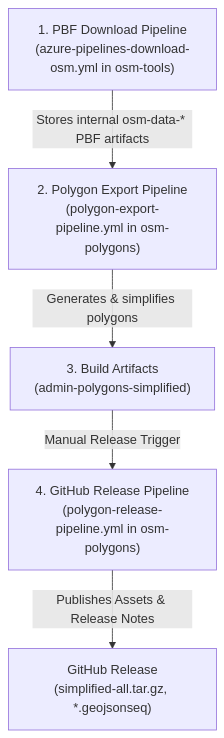
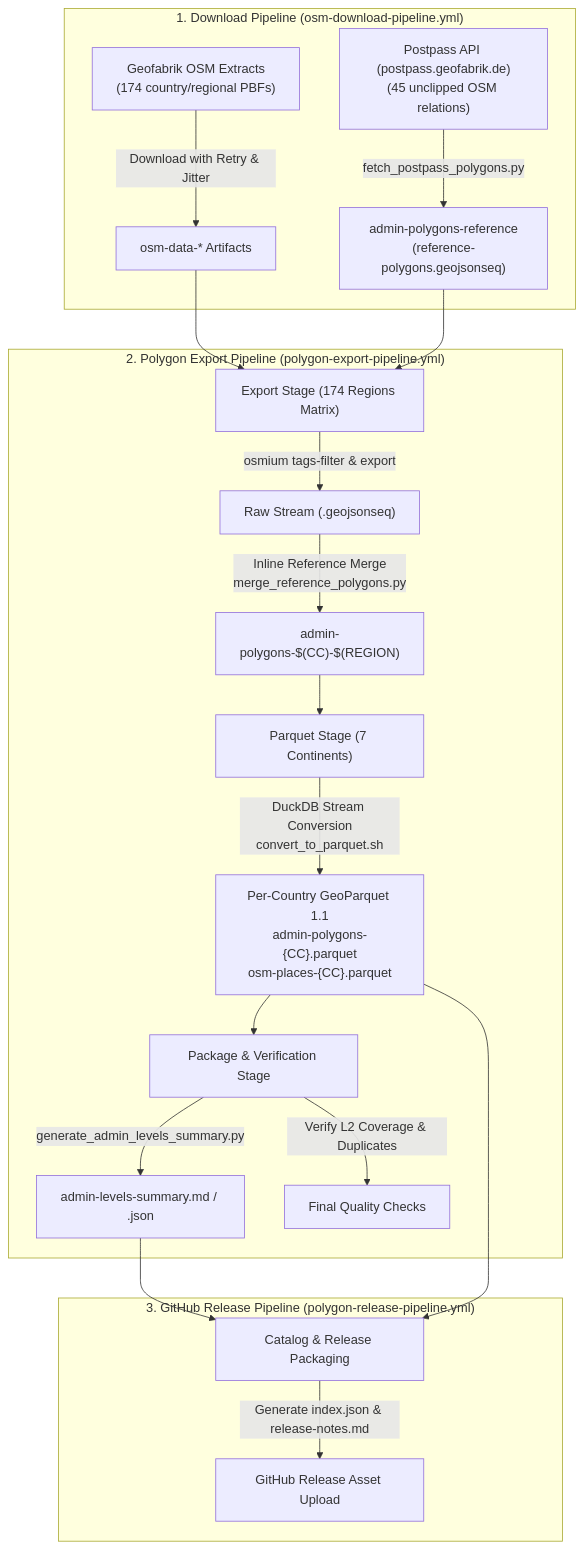
One commit to krizleebear/osm-polygons changed the diagram in README.md. Above: the diagram before and after it, drawn with Mermaid. The commit also changed other lines of this file, not shown here.

Commit message:
docs: update README with modern pipeline architecture, Postpass fallback, and GeoParquet release workflow

````diff
--- a/README.md
+++ b/README.md
@@ -41,7 +41,28 @@
 ```mermaid
 flowchart TD
-    A["1. PBF Download Pipeline<br/>(azure-pipelines-download-osm.yml in osm-tools)"] -->|Stores internal osm-data-* PBF artifacts| B["2. Polygon Export Pipeline<br/>(polygon-export-pipeline.yml in osm-polygons)"]
-    B -->|Generates & simplifies polygons| C["3. Build Artifacts<br/>(admin-polygons-simplified)"]
-    C -->|Manual Release Trigger| D["4. GitHub Release Pipeline<br/>(polygon-release-pipeline.yml in osm-polygons)"]
-    D -->|Publishes Assets & Release Notes| E["GitHub Release<br/>(simplified-all.tar.gz, *.geojsonseq)"]
+    subgraph DL["1. Download Pipeline (osm-download-pipeline.yml)"]
+        D1["Geofabrik OSM Extracts<br/>(174 country/regional PBFs)"] -->|Download with Retry & Jitter| D2["osm-data-* Artifacts"]
+        D3["Postpass API (postpass.geofabrik.de)<br/>(45 unclipped OSM relations)"] -->|fetch_postpass_polygons.py| D4["admin-polygons-reference<br/>(reference-polygons.geojsonseq)"]
+    end
+
+    subgraph EXP["2. Polygon Export Pipeline (polygon-export-pipeline.yml)"]
+        E1["Export Stage (174 Regions Matrix)"]
+        D2 --> E1
+        D4 --> E1
+        E1 -->|osmium tags-filter & export| E2["Raw Stream (.geojsonseq)"]
+        E2 -->|Inline Reference Merge<br/>merge_reference_polygons.py| E3["admin-polygons-$(CC)-$(REGION)"]
+        
+        E3 --> P1["Parquet Stage (7 Continents)"]
+        P1 -->|DuckDB Stream Conversion<br/>convert_to_parquet.sh| P2["Per-Country GeoParquet 1.1<br/>admin-polygons-{CC}.parquet<br/>osm-places-{CC}.parquet"]
+        
+        P2 --> K1["Package & Verification Stage"]
+        K1 -->|generate_admin_levels_summary.py| K2["admin-levels-summary.md / .json"]
+        K1 -->|Verify L2 Coverage & Duplicates| K3["Final Quality Checks"]
+    end
+
+    subgraph REL["3. GitHub Release Pipeline (polygon-release-pipeline.yml)"]
+        K2 --> R1["Catalog & Release Packaging"]
+        P2 --> R1
+        R1 -->|Generate index.json & release-notes.md| R2["GitHub Release Asset Upload"]
+    end
 ```
````
